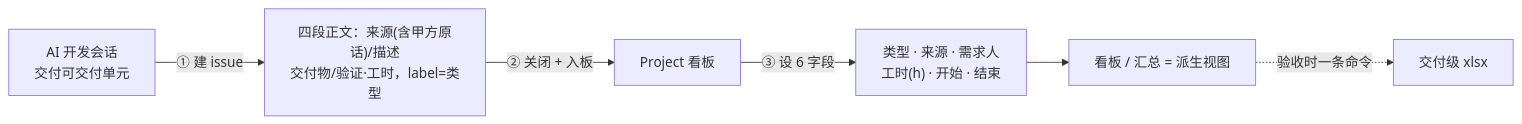
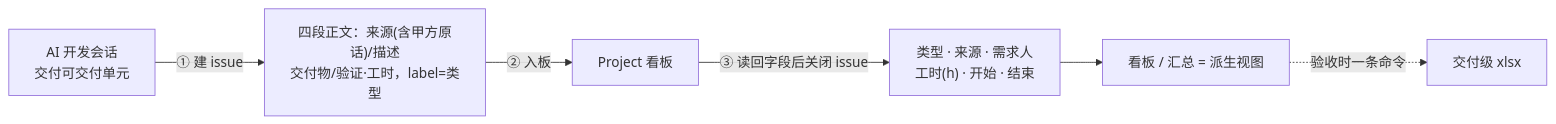
Before and after one commit to guanlili/devledger: the second of 2 diagrams in README.zh-CN.md, drawn with Mermaid. The commit also changed 9 other files, not shown here.

````diff
--- a/README.zh-CN.md
+++ b/README.zh-CN.md
@@ -40,8 +40,8 @@
 ```mermaid
 flowchart LR
     s["AI 开发会话<br/>交付可交付单元"] -->|"① 建 issue"| i["四段正文：来源(含甲方原话)/描述<br/>交付物/验证·工时，label=类型"]
-    i -->|"② 关闭 + 入板"| b["Project 看板"]
-    b -->|"③ 设 6 字段"| f["类型 · 来源 · 需求人<br/>工时(h) · 开始 · 结束"]
+    i -->|"② 入板"| b["Project 看板"]
+    b -->|"③ 读回字段后关闭 issue"| f["类型 · 来源 · 需求人<br/>工时(h) · 开始 · 结束"]
     f --> v["看板 / 汇总 = 派生视图"]
     v -. "验收时一条命令" .-> x["交付级 xlsx"]
 ```
````
